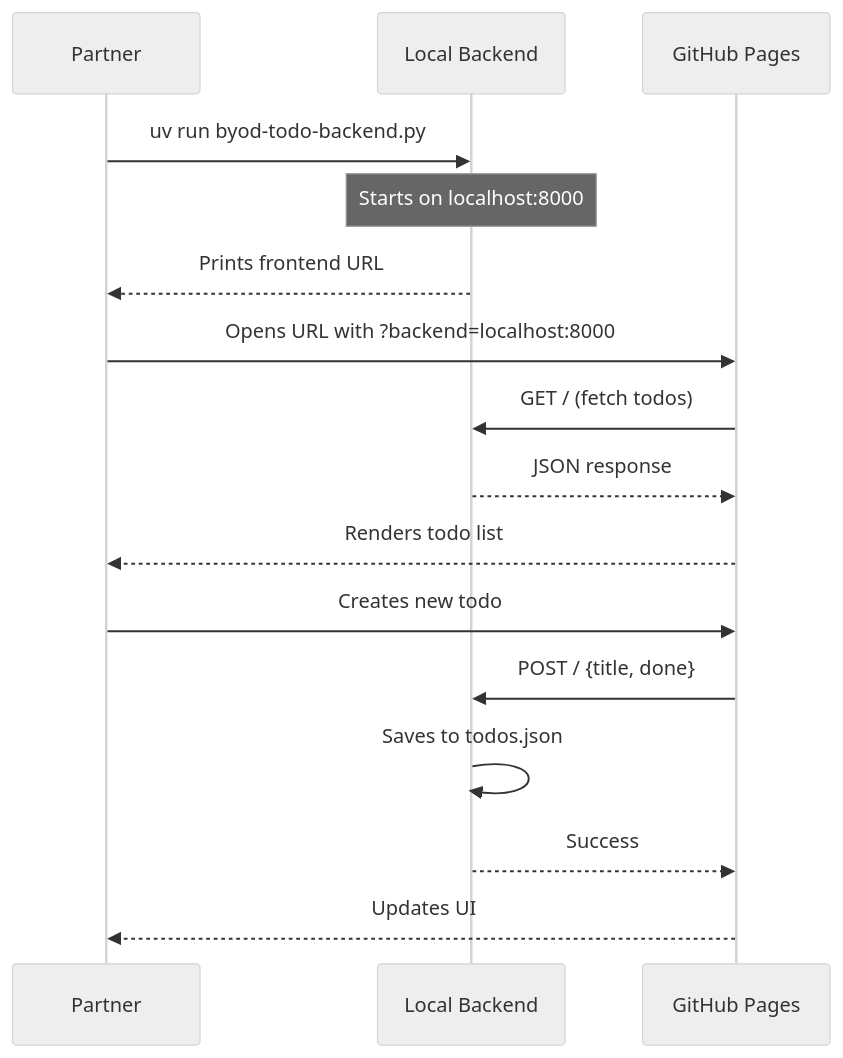
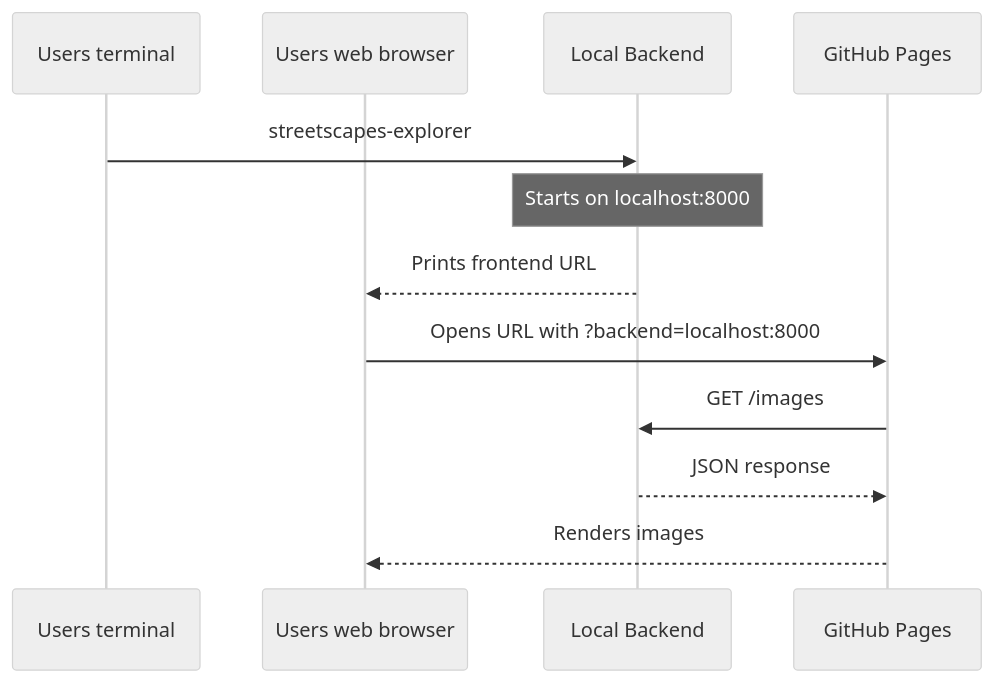
One commit to sverhoeven/byob-todo-frontend changed the second of 2 diagrams in blog/README.md. Above: the diagram before and after it, drawn with Mermaid (neutral theme). The commit also changed other lines of this file and 2 other files, not shown here.

Commit message:
Rewrite blog from streetscapes-explorer perspective

````diff
--- a/blog/README.md
+++ b/blog/README.md
@@ -205,21 +180,16 @@
 ```mermaid
 sequenceDiagram
-    participant Partner
+    participant Users terminal
+    participant Users web browser
     participant Backend as Local Backend
     participant Frontend as GitHub Pages
     
-    Partner->>Backend: uv run byod-todo-backend.py
+    Users terminal->>Backend: streetscapes-explorer
     Note over Backend: Starts on localhost:8000
-    Backend-->>Partner: Prints frontend URL
+    Backend-->> Users web browser: Prints frontend URL
     
-    Partner->>Frontend: Opens URL with ?backend=localhost:8000
-    Frontend->>Backend: GET / (fetch todos)
+    Users web browser->>Frontend: Opens URL with ?backend=localhost:8000
+    Frontend->>Backend: GET /images
     Backend-->>Frontend: JSON response
-    Frontend-->>Partner: Renders todo list
-    
-    Partner->>Frontend: Creates new todo
-    Frontend->>Backend: POST / {title, done}
-    Backend->>Backend: Saves to todos.json
-    Backend-->>Frontend: Success
-    Frontend-->>Partner: Updates UI
+    Frontend-->> Users web browser: Renders images
 ```
````
